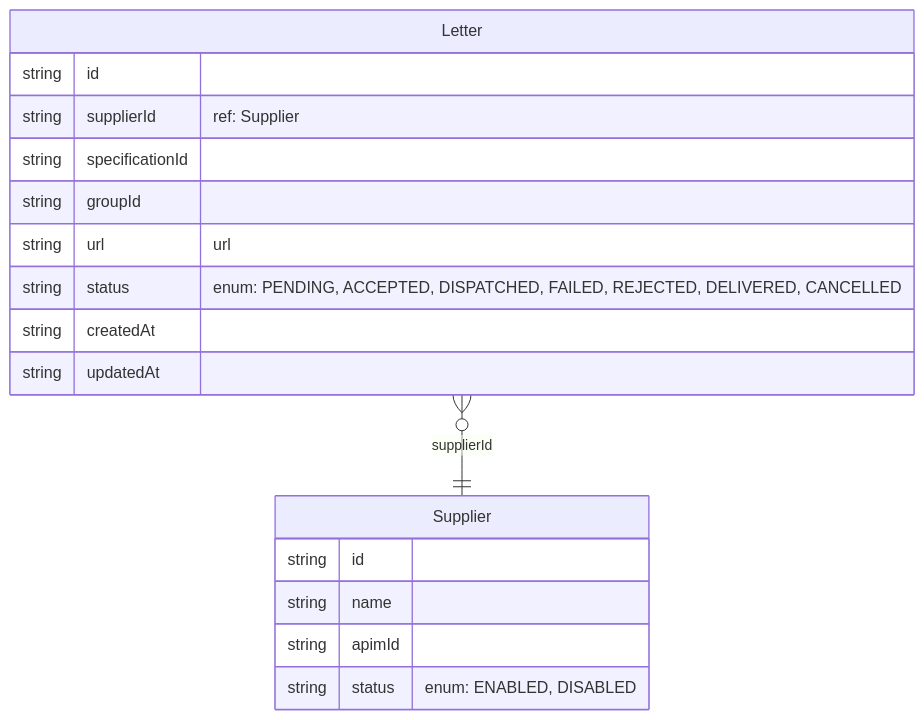
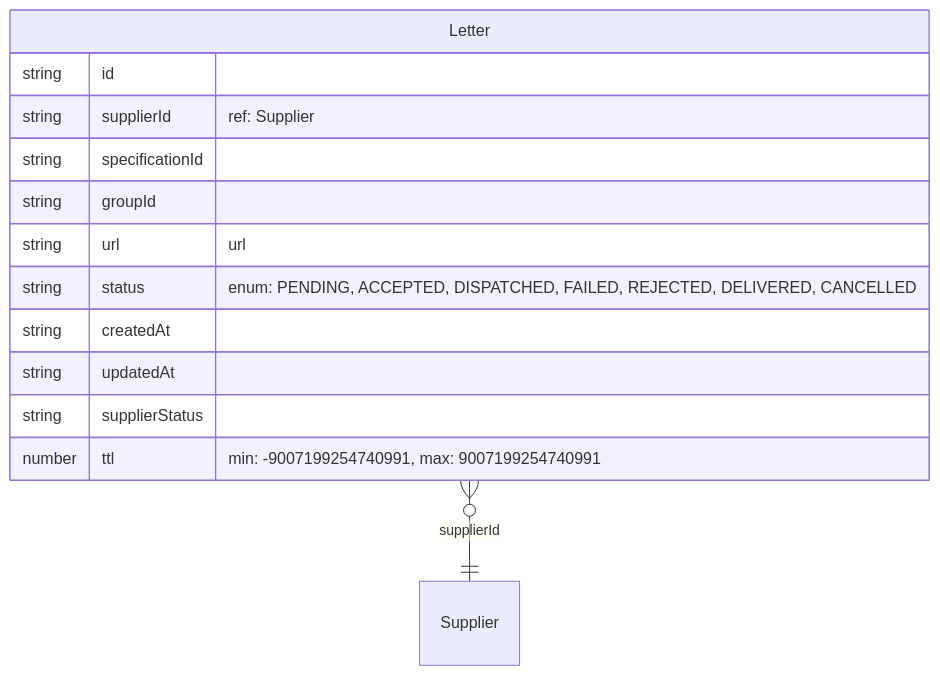
One commit to NHSDigital/nhs-notify-supplier-api changed the first of 2 diagrams in internal/datastore/src/types.md. Above: the diagram before and after it, drawn with Mermaid. The commit also changed other lines of this file and 7 other files, not shown here.

Commit message:
CCM-11228: Update letter repository tests and add MI schema and diagram generation

````diff
--- a/internal/datastore/src/types.md
+++ b/internal/datastore/src/types.md
@@ -4,22 +9,18 @@
 ```mermaid
 erDiagram
     Letter {
         string id
         string supplierId "ref: Supplier"
         string specificationId
         string groupId
         string url "url"
         string status "enum: PENDING, ACCEPTED, DISPATCHED, FAILED, REJECTED, DELIVERED, CANCELLED"
         string createdAt
         string updatedAt
+        string supplierStatus
+        number ttl "min: -9007199254740991, max: 9007199254740991"
     }
     Supplier {
     }
-    Supplier {
-        string id
-        string name
-        string apimId
-        string status "enum: ENABLED, DISABLED"
-    }
     Letter }o--|| Supplier : "supplierId"
 ```
````
